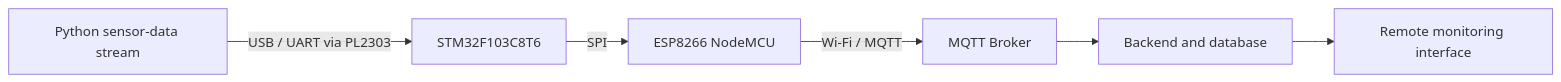
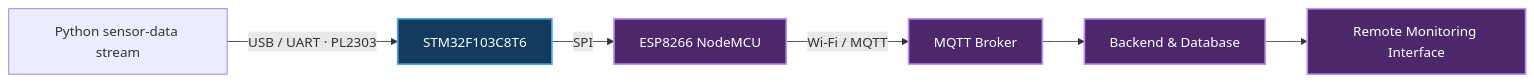
Before and after one commit to mnadiem/AUTODIAG--On-Board-Diagnostic-System-for-Vehicles-: the diagram in README.md, drawn with Mermaid. The commit also changed other lines of this file, not shown here.

````diff
--- a/README.md
+++ b/README.md
@@ -20,8 +68,13 @@
 ```mermaid
 flowchart LR
-    A[Python sensor-data stream] -->|USB / UART via PL2303| B[STM32F103C8T6]
-    B -->|SPI| C[ESP8266 NodeMCU]
-    C -->|Wi-Fi / MQTT| D[MQTT Broker]
-    D --> E[Backend and database]
-    E --> F[Remote monitoring interface]
+    A["Python sensor-data stream"] -->|"USB / UART · PL2303"| B["STM32F103C8T6"]
+    B -->|"SPI"| C["ESP8266 NodeMCU"]
+    C -->|"Wi-Fi / MQTT"| D["MQTT Broker"]
+    D --> E["Backend & Database"]
+    E --> F["Remote Monitoring Interface"]
+
+    classDef mcu fill:#123B5D,color:#fff,stroke:#4EA5D9,stroke-width:2px
+    classDef network fill:#4C276A,color:#fff,stroke:#B794F4,stroke-width:2px
+    class B mcu
+    class C,D,E,F network
 ```
````
